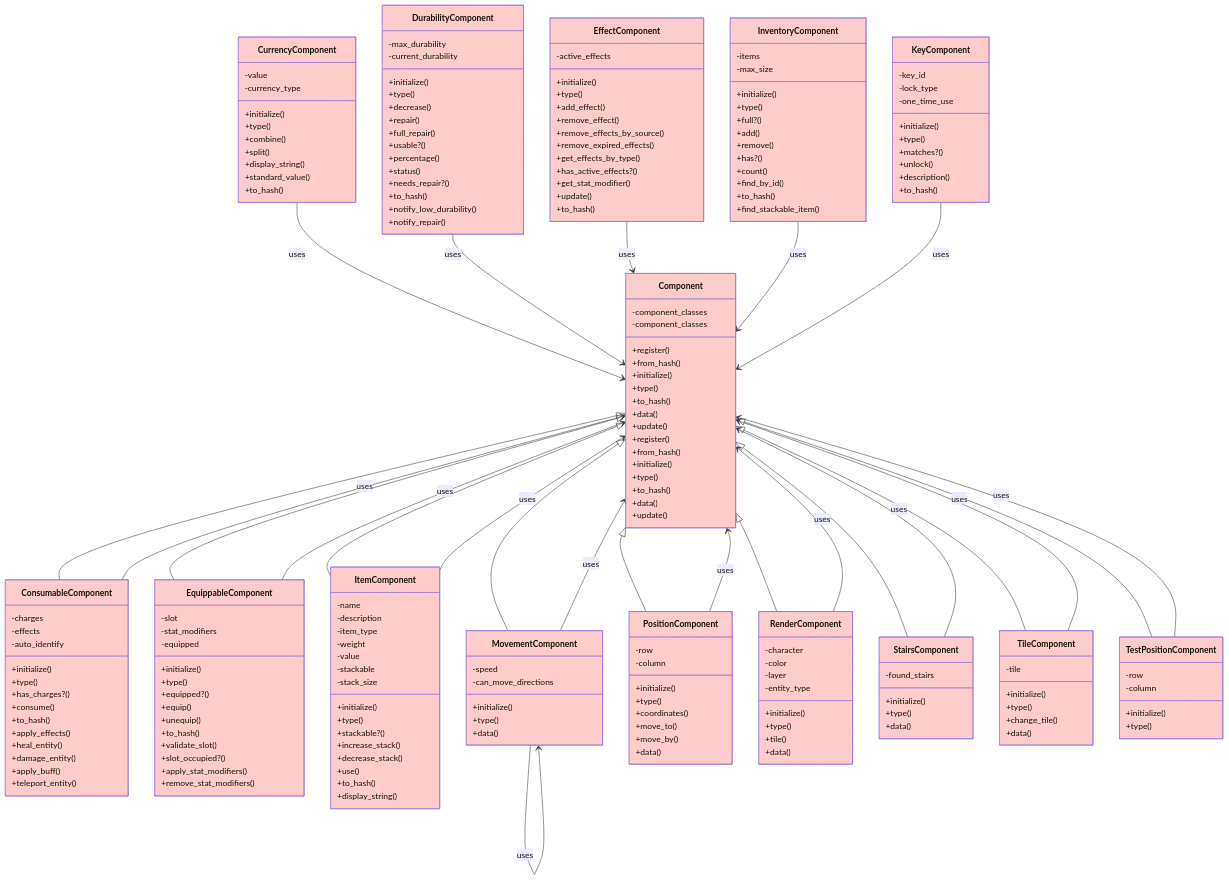
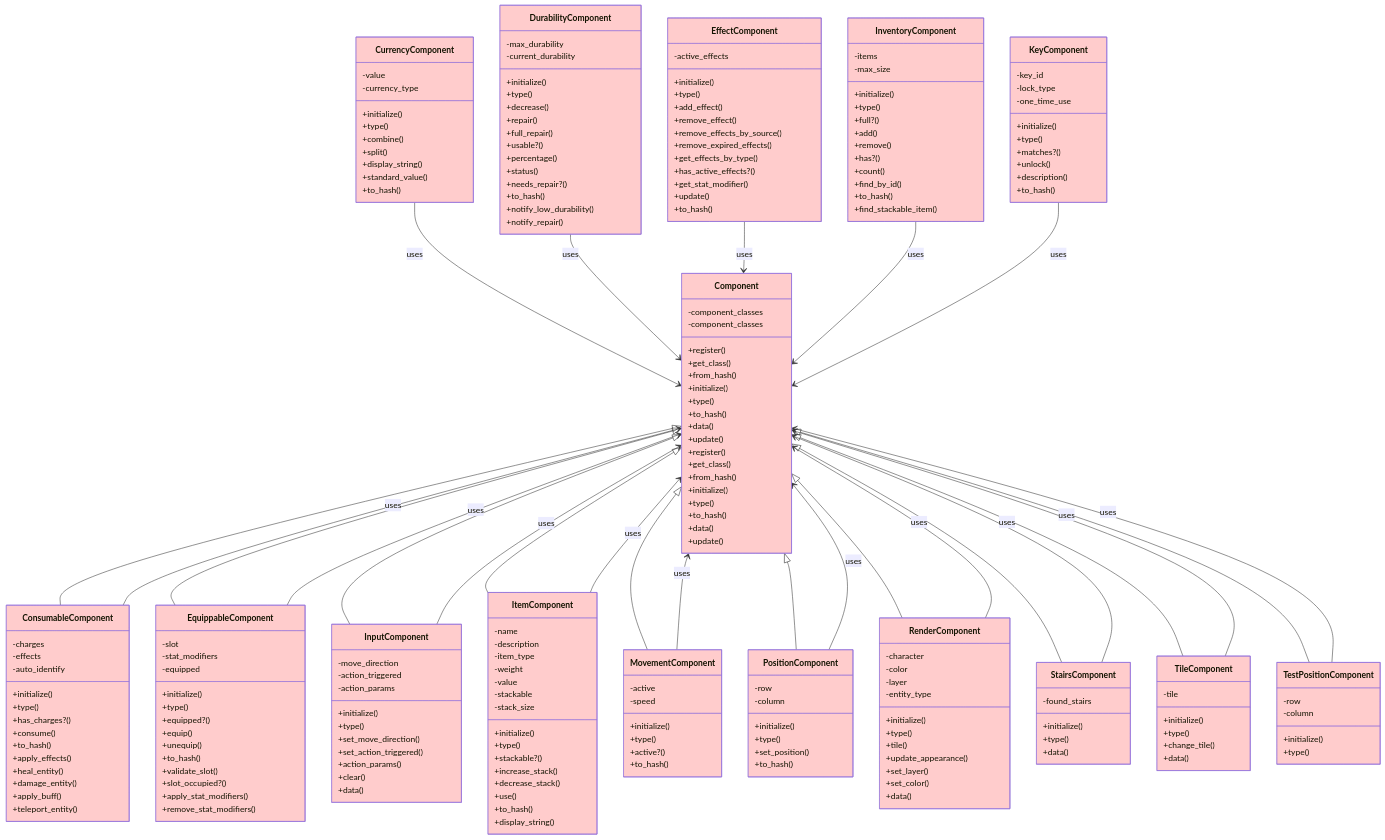
Before and after one commit to Davidslv/vanilla-roguelike: the diagram in documents/diagrams/components.mmd, drawn with Mermaid. The commit also changed 3 other files, not shown here.

First line of the commit message:
ECS Mermaid documentation

```diff
--- a/documents/diagrams/components.mmd
+++ b/documents/diagrams/components.mmd
@@ -3,6 +3,7 @@
     class Component {
       -component_classes
       +register()
+      +get_class()
       +from_hash()
       +initialize()
       +type()
@@ -15,6 +16,7 @@
     class Component {
       -component_classes
       +register()
+      +get_class()
       +from_hash()
       +initialize()
       +type()
@@ -101,6 +103,20 @@
     }
     Component <|-- EquippableComponent
     style EquippableComponent fill:#ffcccc
+    class InputComponent {
+      -move_direction
+      -action_triggered
+      -action_params
+      +initialize()
+      +type()
+      +set_move_direction()
+      +set_action_triggered()
+      +action_params()
+      +clear()
+      +data()
+    }
+    Component <|-- InputComponent
+    style InputComponent fill:#ffcccc
     class InventoryComponent {
       -items
       -max_size
@@ -148,11 +164,12 @@
     }
     style KeyComponent fill:#ffcccc
     class MovementComponent {
+      -active
       -speed
-      -can_move_directions
       +initialize()
       +type()
-      +data()
+      +active?()
+      +to_hash()
     }
     Component <|-- MovementComponent
     style MovementComponent fill:#ffcccc
@@ -161,10 +178,8 @@
       -column
       +initialize()
       +type()
-      +coordinates()
-      +move_to()
-      +move_by()
-      +data()
+      +set_position()
+      +to_hash()
     }
     Component <|-- PositionComponent
     style PositionComponent fill:#ffcccc
@@ -176,6 +191,9 @@
       +initialize()
       +type()
       +tile()
+      +update_appearance()
+      +set_layer()
+      +set_color()
       +data()
     }
     Component <|-- RenderComponent
@@ -212,10 +230,10 @@
   DurabilityComponent --> Component : uses
   EffectComponent --> Component : uses
   EquippableComponent --> Component : uses
+  InputComponent --> Component : uses
   InventoryComponent --> Component : uses
   ItemComponent --> Component : uses
   KeyComponent --> Component : uses
-  MovementComponent --> MovementComponent : uses
   MovementComponent --> Component : uses
   PositionComponent --> Component : uses
   RenderComponent --> Component : uses
```
